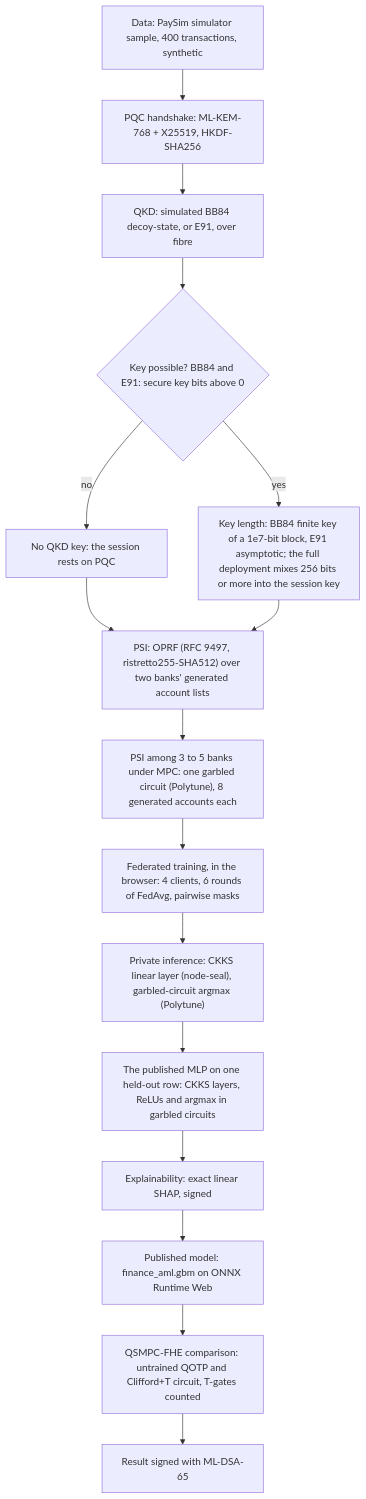
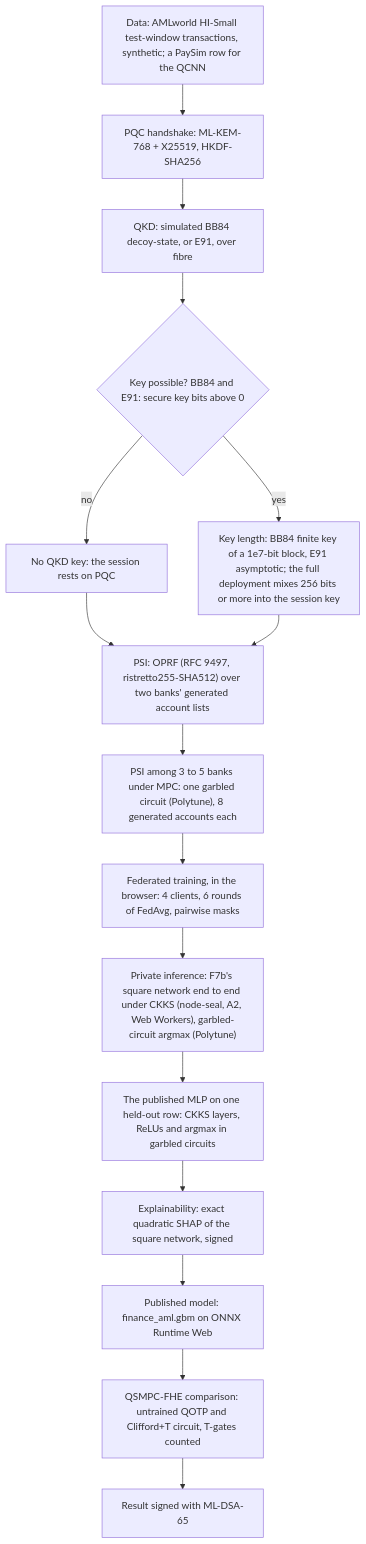
The third of 11 diagrams in README.md (Quantum-Daemons/QSMPC-QKD-QHE-AI-Hybrid), drawn with Mermaid before and after one commit. The commit also changed 28 other files, not shown here.

````diff
--- a/README.md
+++ b/README.md
@@ -119,33 +119,33 @@
 ```mermaid
 flowchart TB
-  D["Data: PaySim simulator sample, 400 transactions, synthetic"]
+  D["Data: AMLworld HI-Small test-window transactions, synthetic; a PaySim row for the QCNN"]
   H["PQC handshake: ML-KEM-768 + X25519, HKDF-SHA256"]
   K["QKD: simulated BB84 decoy-state, or E91, over fibre"]
   Q{"Key possible? BB84 and E91: secure key bits above 0"}
   N["No QKD key: the session rests on PQC"]
   L["Key length: BB84 finite key of a 1e7-bit block, E91 asymptotic; the full deployment mixes 256 bits or more into the session key"]
   P["PSI: OPRF (RFC 9497, ristretto255-SHA512) over two banks' generated account lists"]
   MP["PSI among 3 to 5 banks under MPC: one garbled circuit (Polytune), 8 generated accounts each"]
   FL["Federated training, in the browser: 4 clients, 6 rounds of FedAvg, pairwise masks"]
-  I["Private inference: CKKS linear layer (node-seal), garbled-circuit argmax (Polytune)"]
+  I["Private inference: F7b's square network end to end under CKKS (node-seal, A2, Web Workers), garbled-circuit argmax (Polytune)"]
   MM["The published MLP on one held-out row: CKKS layers, ReLUs and argmax in garbled circuits"]
-  X["Explainability: exact linear SHAP, signed"]
+  X["Explainability: exact quadratic SHAP of the square network, signed"]
   M["Published model: finance_aml.gbm on ONNX Runtime Web"]
   C["QSMPC-FHE comparison: untrained QOTP and Clifford+T circuit, T-gates counted"]
   S["Result signed with ML-DSA-65"]
   D --> H
   H --> K
   K --> Q
   Q -->|no| N
   Q -->|yes| L
   N --> P
   L --> P
   P --> MP
   MP --> FL
   FL --> I
   I --> MM
   MM --> X
   X --> M
   M --> C
   C --> S
 ```
````
